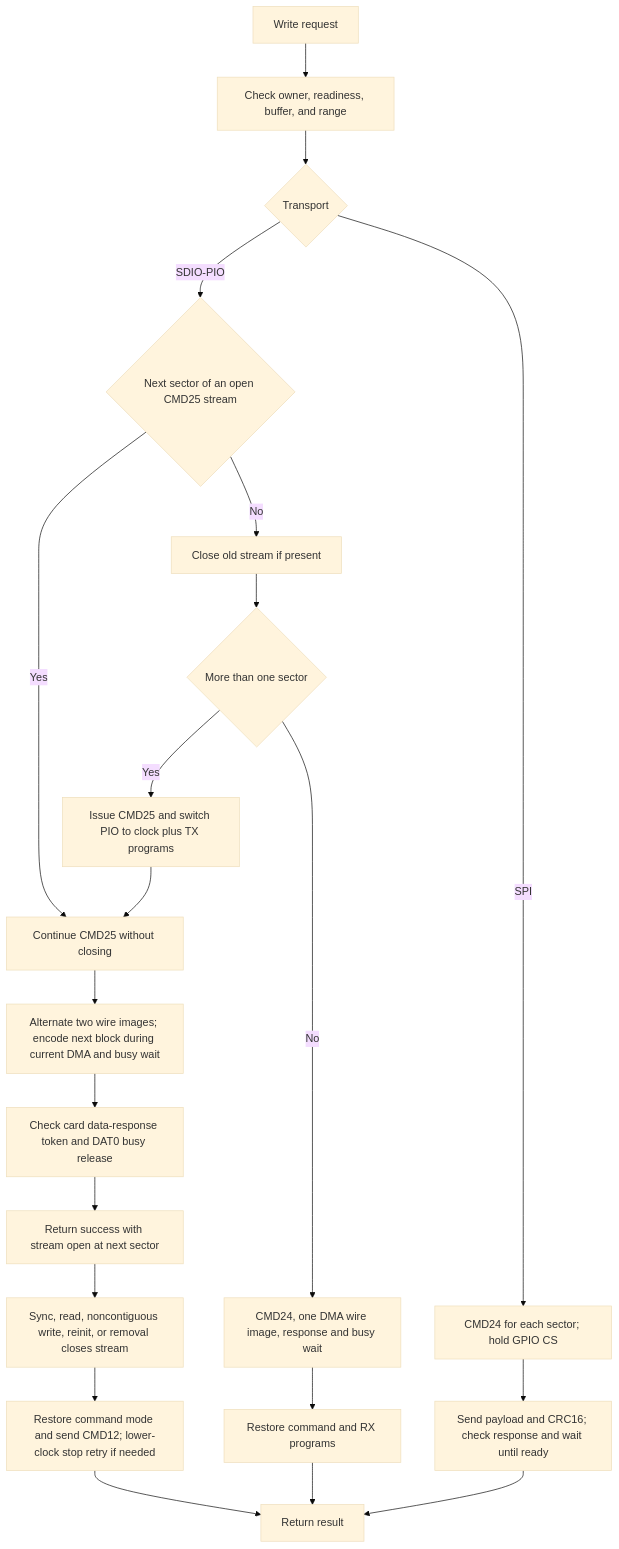
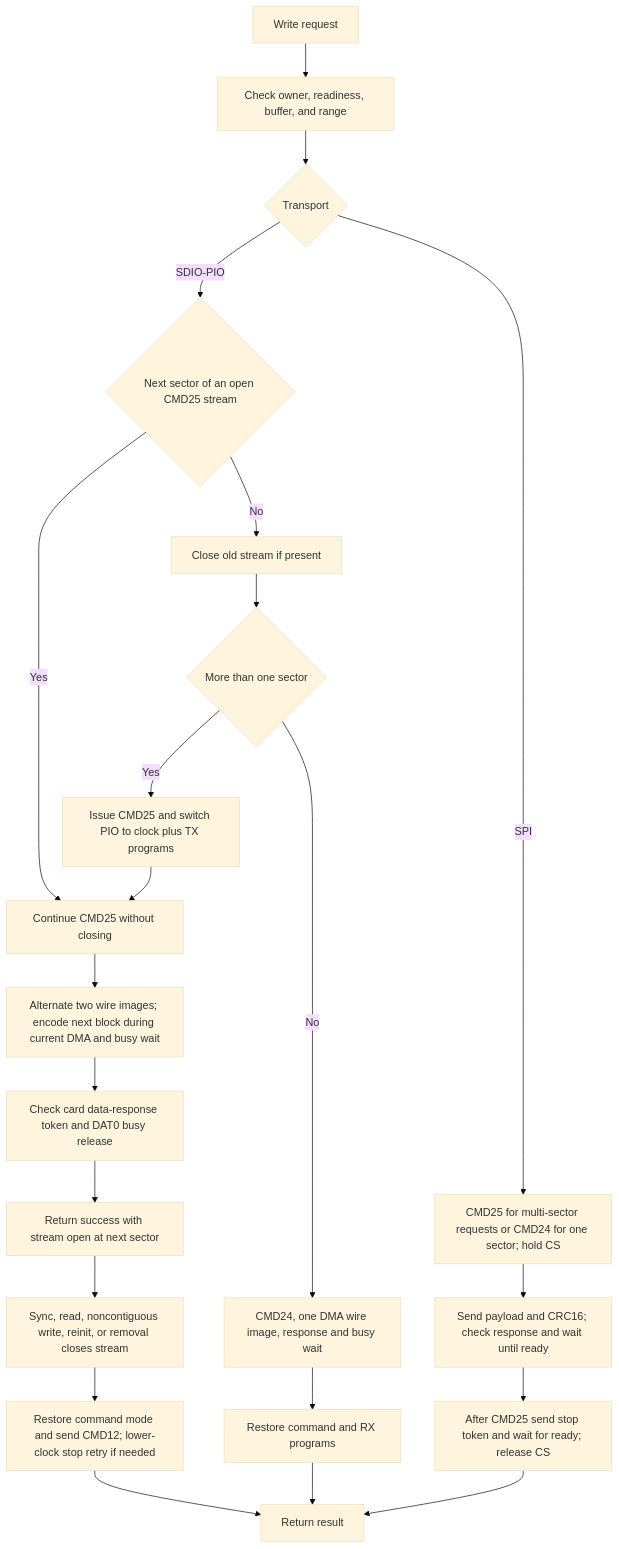
One commit to djwinter29-oss/PicoForge changed the fourth of 5 diagrams in docs/sdcard-design.md. Above: the diagram before and after it, drawn with Mermaid (base theme). The commit also changed other lines of this file and 11 other files, not shown here.

````diff
--- a/docs/sdcard-design.md
+++ b/docs/sdcard-design.md
@@ -216,23 +223,24 @@
 ```mermaid
 flowchart TD
     Request[Write request] --> Check[Check owner, readiness, buffer, and range]
     Check --> Mode{Transport}
     Mode -->|SDIO-PIO| Continue{Next sector of an open CMD25 stream}
     Continue -->|Yes| Stream[Continue CMD25 without closing]
     Continue -->|No| Close[Close old stream if present]
     Close --> Count{More than one sector}
     Count -->|Yes| Open[Issue CMD25 and switch PIO to clock plus TX programs]
     Open --> Stream
     Stream --> Encode[Alternate two wire images; encode next block during current DMA and busy wait]
     Encode --> Accept[Check card data-response token and DAT0 busy release]
     Accept --> Pending[Return success with stream open at next sector]
     Pending --> Sync[Sync, read, noncontiguous write, reinit, or removal closes stream]
     Sync --> Stop[Restore command mode and send CMD12; lower-clock stop retry if needed]
     Count -->|No| Single[CMD24, one DMA wire image, response and busy wait]
     Single --> Restore[Restore command and RX programs]
-    Mode -->|SPI| SPIWrite[CMD24 for each sector; hold GPIO CS]
+    Mode -->|SPI| SPIWrite[CMD25 for multi-sector requests or CMD24 for one sector; hold CS]
     SPIWrite --> Serial[Send payload and CRC16; check response and wait until ready]
     Restore --> Done[Return result]
-    Serial --> Done
+    Serial --> SPIStop[After CMD25 send stop token and wait for ready; release CS]
+    SPIStop --> Done
     Stop --> Done
 ```
````
